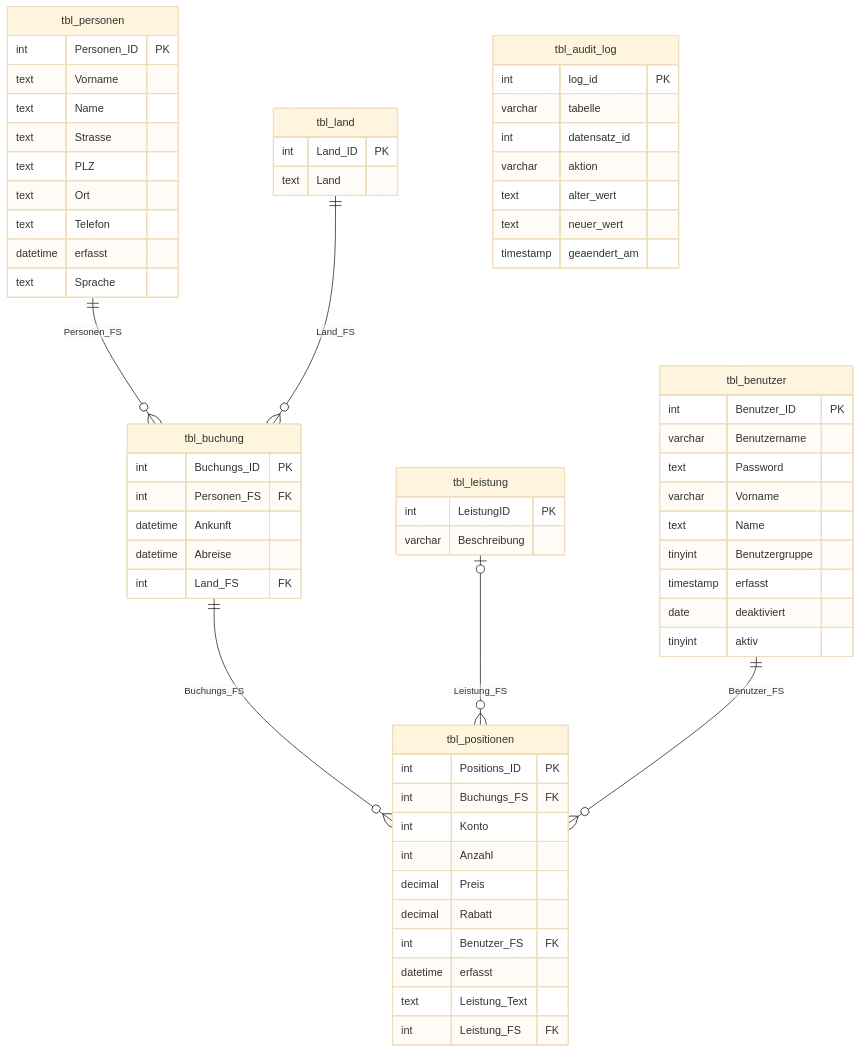
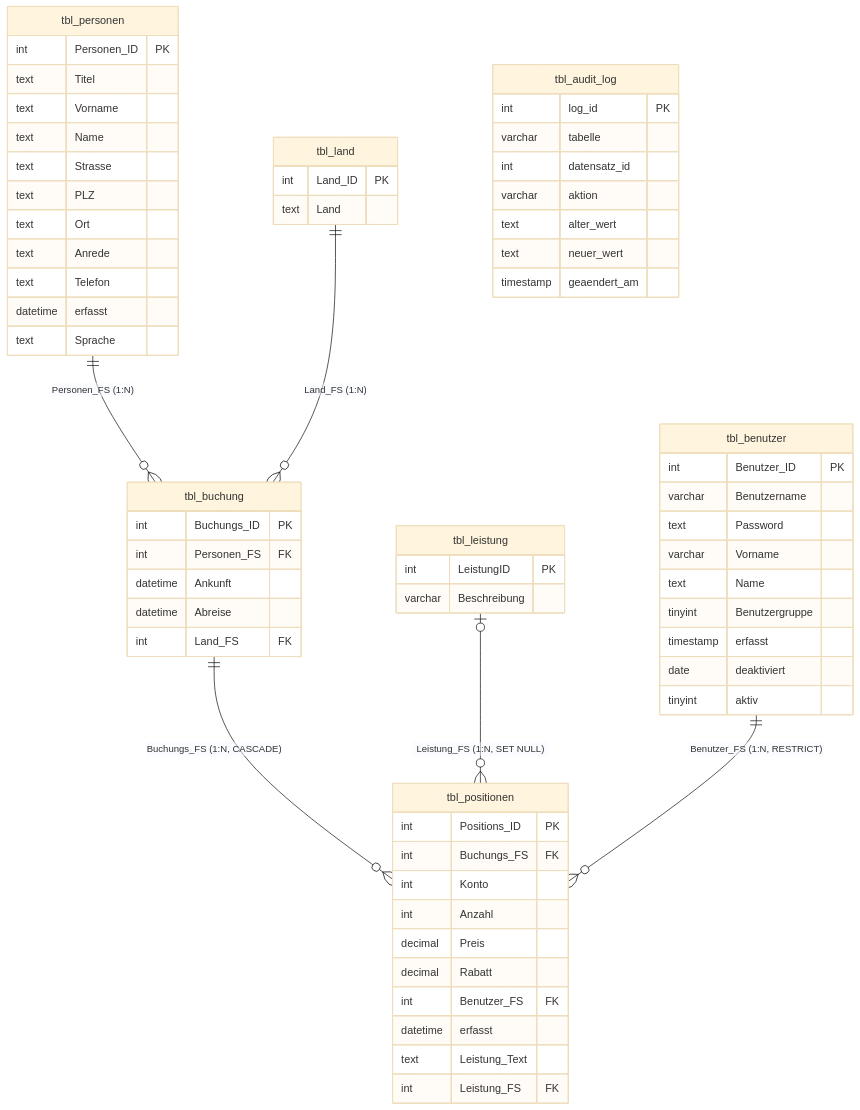
The diagram in LB3/README.md (noahzuerii/M141), drawn with Mermaid (base theme) before and after one commit. The commit also changed other lines of this file and 7 other files, not shown here.

````diff
--- a/LB3/README.md
+++ b/LB3/README.md
@@ -68,67 +89,69 @@
 ```mermaid
 erDiagram
     tbl_land {
         int Land_ID PK
         text Land
     }
     tbl_leistung {
         int LeistungID PK
         varchar Beschreibung
     }
     tbl_personen {
         int Personen_ID PK
+        text Titel
         text Vorname
         text Name
         text Strasse
         text PLZ
         text Ort
+        text Anrede
         text Telefon
         datetime erfasst
         text Sprache
     }
     tbl_benutzer {
         int Benutzer_ID PK
         varchar Benutzername
         text Password
         varchar Vorname
         text Name
         tinyint Benutzergruppe
         timestamp erfasst
         date deaktiviert
         tinyint aktiv
     }
     tbl_buchung {
         int Buchungs_ID PK
         int Personen_FS FK
         datetime Ankunft
         datetime Abreise
         int Land_FS FK
     }
     tbl_positionen {
         int Positions_ID PK
         int Buchungs_FS FK
         int Konto
         int Anzahl
         decimal Preis
         decimal Rabatt
         int Benutzer_FS FK
         datetime erfasst
         text Leistung_Text
         int Leistung_FS FK
     }
     tbl_audit_log {
         int log_id PK
         varchar tabelle
         int datensatz_id
         varchar aktion
         text alter_wert
         text neuer_wert
         timestamp geaendert_am
     }
 
-    tbl_personen ||--o{ tbl_buchung     : "Personen_FS"
-    tbl_land     ||--o{ tbl_buchung     : "Land_FS"
-    tbl_buchung  ||--o{ tbl_positionen  : "Buchungs_FS"
-    tbl_leistung |o--o{ tbl_positionen  : "Leistung_FS"
-    tbl_benutzer ||--o{ tbl_positionen  : "Benutzer_FS"
+    tbl_personen ||--o{ tbl_buchung     : "Personen_FS (1:N)"
+    tbl_land     ||--o{ tbl_buchung     : "Land_FS (1:N)"
+    tbl_buchung  ||--o{ tbl_positionen  : "Buchungs_FS (1:N, CASCADE)"
+    tbl_leistung |o--o{ tbl_positionen  : "Leistung_FS (1:N, SET NULL)"
+    tbl_benutzer ||--o{ tbl_positionen  : "Benutzer_FS (1:N, RESTRICT)"
 ```
````
